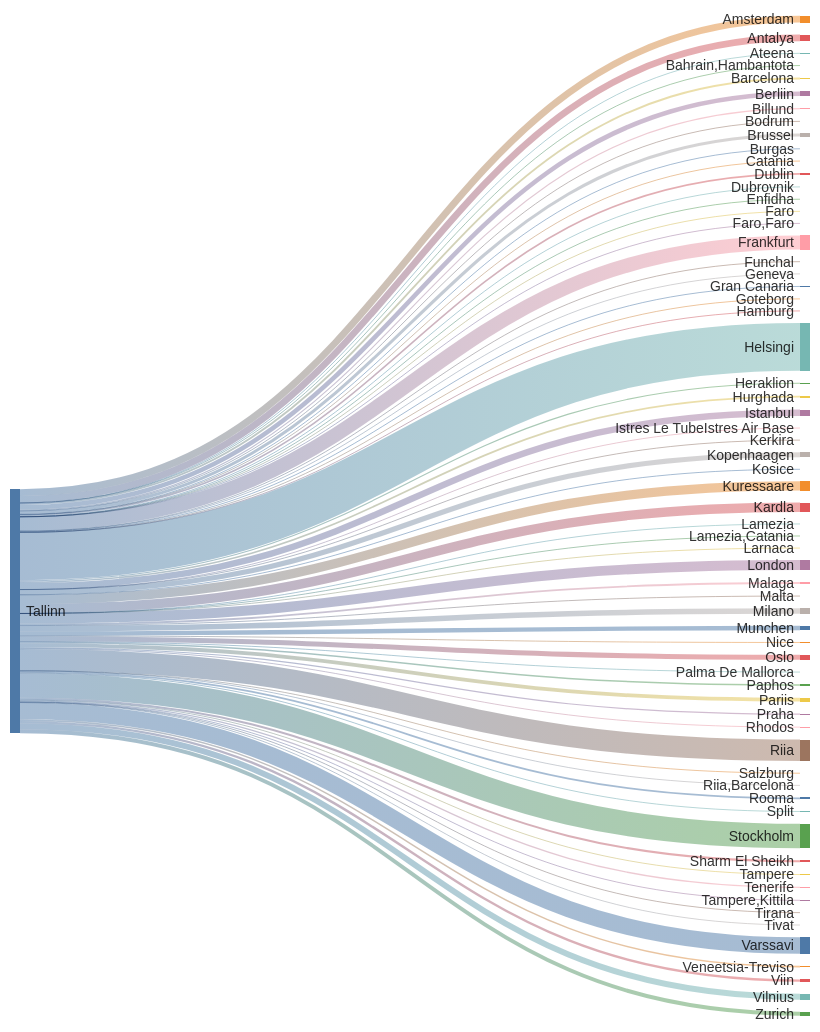
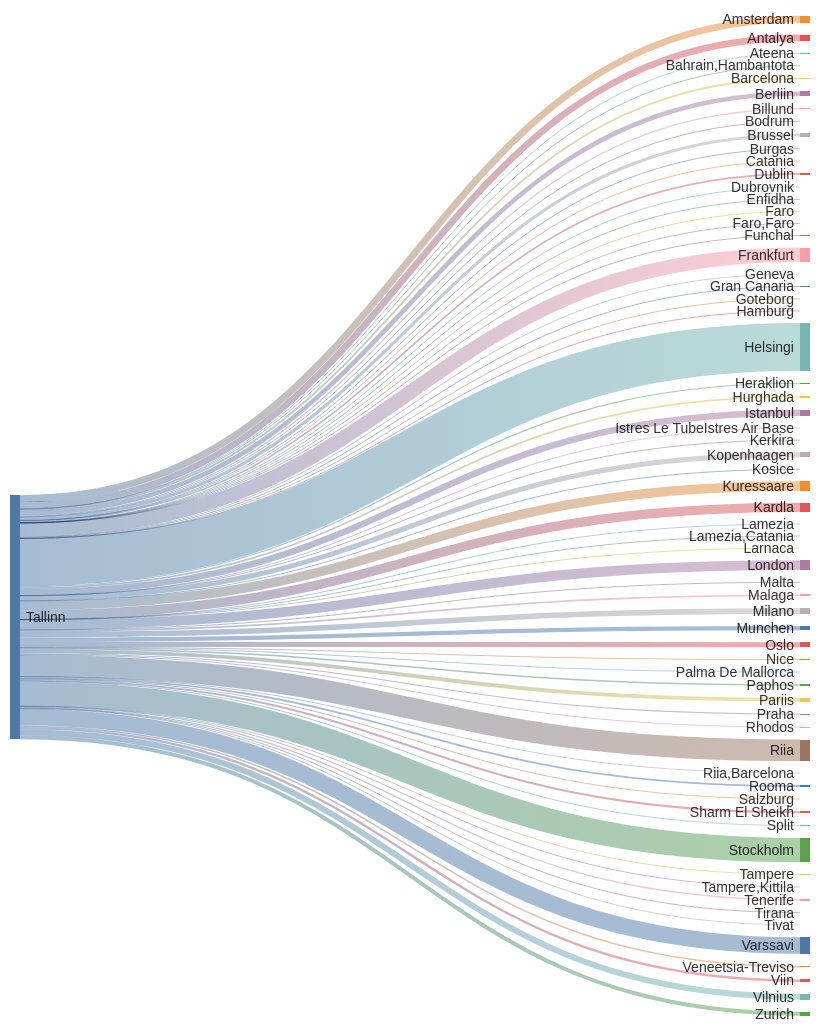
One commit to rainermesi/tll-airport-departures changed the second of 2 diagrams in README.md. Above: the diagram before and after it, drawn with Mermaid. The commit also changed other lines of this file, not shown here.

````diff
--- a/README.md
+++ b/README.md
@@ -34,77 +34,77 @@
 ```mermaid
 ---
 config:
   sankey:
     showValues: false
     width: 800
     height: 1000
 ---
 sankey-beta
 %% source,target,value
-Tallinn,Amsterdam,302
-Tallinn,Antalya,290
+Tallinn,Amsterdam,304
+Tallinn,Antalya,292
 Tallinn,Ateena,16
 Tallinn,"Bahrain,Hambantota",1
 Tallinn,Barcelona,83
 Tallinn,Berliin,204
 Tallinn,Billund,50
 Tallinn,Bodrum,11
-Tallinn,Brussel,135
+Tallinn,Brussel,136
 Tallinn,Burgas,21
 Tallinn,Catania,2
-Tallinn,Dublin,69
+Tallinn,Dublin,70
 Tallinn,Dubrovnik,21
 Tallinn,Enfidha,7
 Tallinn,Faro,4
 Tallinn,"Faro,Faro",1
-Tallinn,Frankfurt,622
+Tallinn,Frankfurt,625
 Tallinn,Funchal,5
 Tallinn,Geneva,13
 Tallinn,Gran Canaria,38
 Tallinn,Goteborg,1
 Tallinn,Hamburg,2
-Tallinn,Helsingi,2095
+Tallinn,Helsingi,2105
 Tallinn,Heraklion,49
 Tallinn,Hurghada,75
-Tallinn,Istanbul,283
+Tallinn,Istanbul,284
 Tallinn,Istres Le TubeIstres Air Base,2
 Tallinn,Kerkira,4
-Tallinn,Kopenhaagen,225
+Tallinn,Kopenhaagen,228
 Tallinn,Kosice,1
-Tallinn,Kuressaare,408
-Tallinn,Kardla,408
+Tallinn,Kuressaare,410
+Tallinn,Kardla,410
 Tallinn,Lamezia,1
 Tallinn,"Lamezia,Catania",3
 Tallinn,Larnaca,4
-Tallinn,London,436
-Tallinn,Malaga,80
+Tallinn,London,438
+Tallinn,Malaga,81
 Tallinn,Malta,15
 Tallinn,Milano,247
-Tallinn,Munchen,189
+Tallinn,Munchen,190
 Tallinn,Nice,26
-Tallinn,Oslo,223
+Tallinn,Oslo,224
 Tallinn,Palma De Mallorca,19
 Tallinn,Paphos,66
-Tallinn,Pariis,167
+Tallinn,Pariis,168
 Tallinn,Praha,51
 Tallinn,Rhodos,33
-Tallinn,Riia,944
+Tallinn,Riia,949
 Tallinn,"Riia,Barcelona",1
 Tallinn,Rooma,80
 Tallinn,Salzburg,14
 Tallinn,Sharm El Sheikh,92
 Tallinn,Split,25
-Tallinn,Stockholm,1073
+Tallinn,Stockholm,1078
 Tallinn,Tampere,17
 Tallinn,"Tampere,Kittila",21
 Tallinn,Tenerife,58
 Tallinn,Tirana,8
-Tallinn,Tivat,27
-Tallinn,Varssavi,724
+Tallinn,Tivat,28
+Tallinn,Varssavi,727
 Tallinn,Veneetsia-Treviso,67
 Tallinn,Viin,106
-Tallinn,Vilnius,259
-Tallinn,Zurich,172
+Tallinn,Vilnius,261
+Tallinn,Zurich,173
 
 
 ```
````
